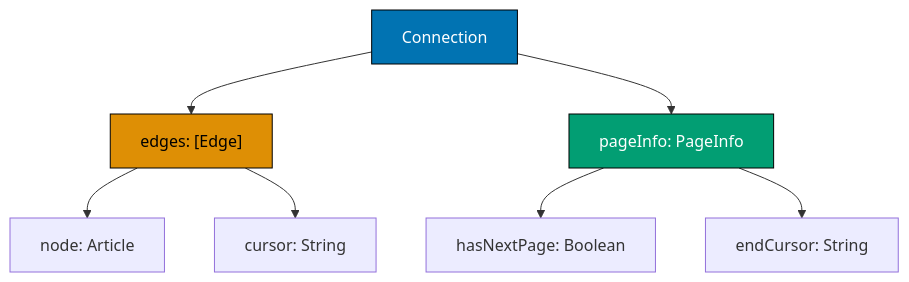
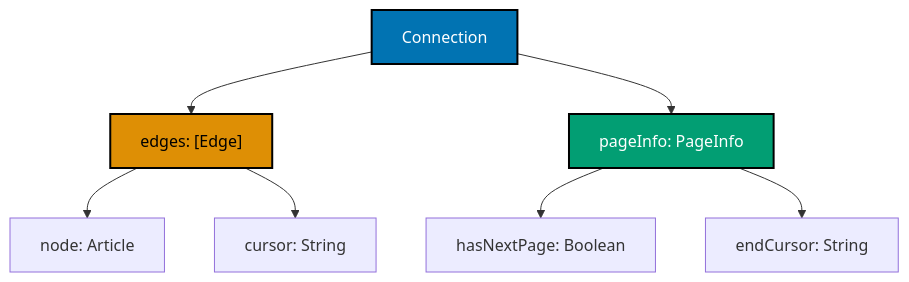
One commit to wahidyankf/open-sharia-fintech changed the eighth of 10 diagrams in apps/ayokoding-www/content/en/learn/courses/api-design/learning/advanced.md. Above: the diagram before and after it, drawn with Mermaid. The commit also changed other lines of this file and 6 other files, not shown here.

````diff
--- a/apps/ayokoding-www/content/en/learn/courses/api-design/learning/advanced.md
+++ b/apps/ayokoding-www/content/en/learn/courses/api-design/learning/advanced.md
@@ -1562,14 +1573,17 @@
 ```mermaid
 %% Color Palette: Blue #0173B2, Orange #DE8F05, Teal #029E73
 graph TD
     A[Connection] --> B["edges: [Edge]"]
     B --> C["node: Article"]
     B --> D["cursor: String"]
     A --> E["pageInfo: PageInfo"]
     E --> F["hasNextPage: Boolean"]
     E --> G["endCursor: String"]
 
-    style A fill:#0173B2,stroke:#000,color:#fff
-    style B fill:#DE8F05,stroke:#000,color:#000
-    style E fill:#029E73,stroke:#000,color:#fff
+    classDef blue fill:#0173B2,stroke:#000000,color:#FFFFFF,stroke-width:2px
+    classDef orange fill:#DE8F05,stroke:#000000,color:#000000,stroke-width:2px
+    classDef teal fill:#029E73,stroke:#000000,color:#FFFFFF,stroke-width:2px
+    class A blue
+    class B orange
+    class E teal
 ```
````
